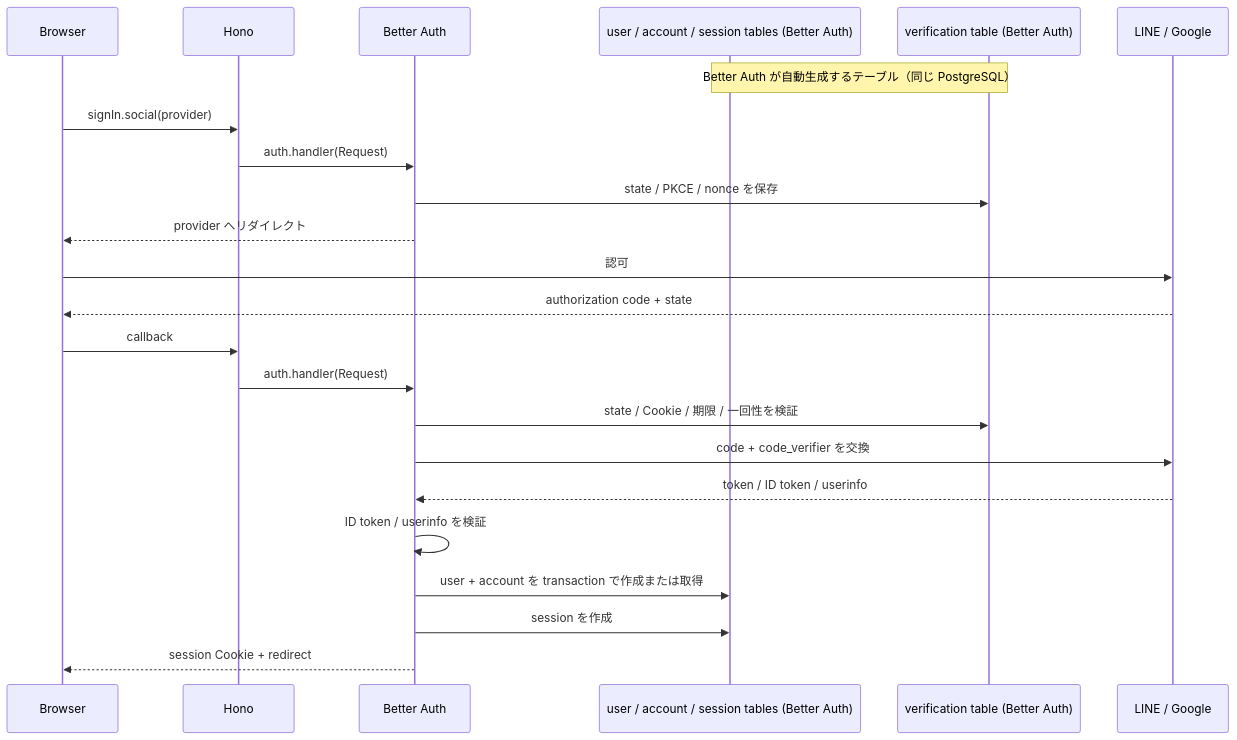
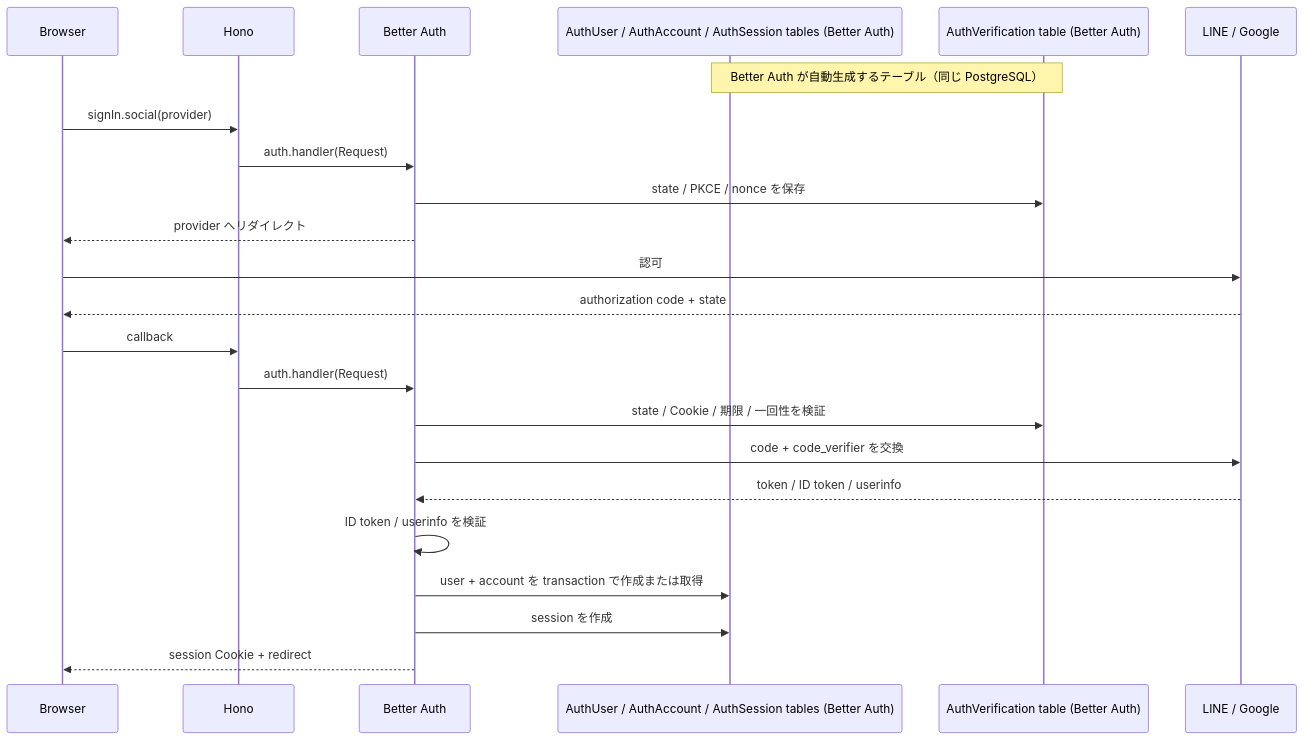
Before and after one commit to HirokaMitsunaga/auth-test: the first of 3 diagrams in backend/src/auth/docs/better-auth.md, drawn with Mermaid. The commit also changed other lines of this file and 9 other files, not shown here.

Commit message:
Implement Better Auth integration with new authentication models and update docker-compose configuration

````diff
--- a/backend/src/auth/docs/better-auth.md
+++ b/backend/src/auth/docs/better-auth.md
@@ -342,27 +395,27 @@
 ```mermaid
 sequenceDiagram
     participant B as Browser
     participant H as Hono
     participant A as Better Auth
-    participant U as user / account / session tables (Better Auth)
-    participant V as verification table (Better Auth)
+    participant U as AuthUser / AuthAccount / AuthSession tables (Better Auth)
+    participant V as AuthVerification table (Better Auth)
     participant P as LINE / Google
 
     Note over U,V: Better Auth が自動生成するテーブル（同じ PostgreSQL）
 
     B->>H: signIn.social(provider)
     H->>A: auth.handler(Request)
     A->>V: state / PKCE / nonce を保存
     A-->>B: provider へリダイレクト
     B->>P: 認可
     P-->>B: authorization code + state
     B->>H: callback
     H->>A: auth.handler(Request)
     A->>V: state / Cookie / 期限 / 一回性を検証
     A->>P: code + code_verifier を交換
     P-->>A: token / ID token / userinfo
     A->>A: ID token / userinfo を検証
     A->>U: user + account を transaction で作成または取得
     A->>U: session を作成
     A-->>B: session Cookie + redirect
 ```
````
